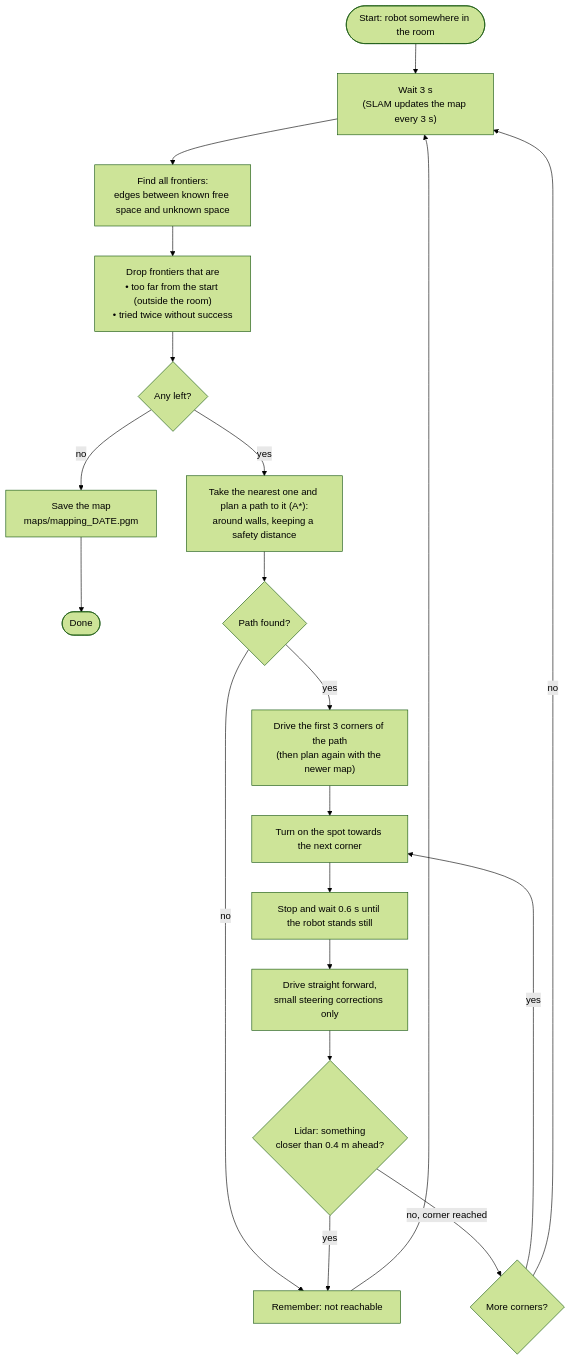
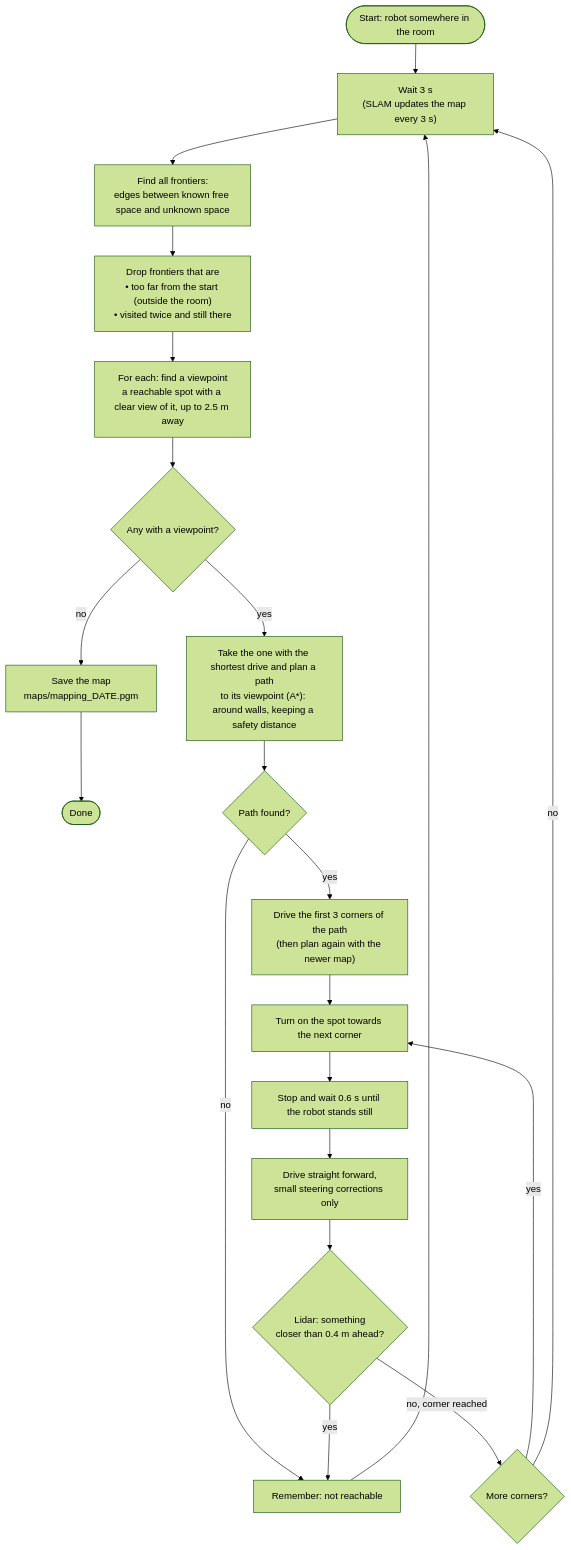
The second of 2 diagrams in MAPPING.md (Reutertu3/AMS_2026_WebGUI), drawn with Mermaid (forest theme) before and after one commit. The commit also changed other lines of this file and 6 other files, not shown here.

````diff
--- a/MAPPING.md
+++ b/MAPPING.md
@@ -51,20 +51,21 @@
 ```mermaid
 flowchart TD
     start([Start: robot somewhere in the room]) --> wait
     wait["Wait 3 s<br/>(SLAM updates the map every 3 s)"] --> frontiers
     frontiers["Find all frontiers:<br/>edges between known free space and unknown space"] --> filter
-    filter["Drop frontiers that are<br/>• too far from the start (outside the room)<br/>• tried twice without success"] --> any{Any left?}
+    filter["Drop frontiers that are<br/>• too far from the start (outside the room)<br/>• visited twice and still there"] --> view
+    view["For each: find a viewpoint<br/>a reachable spot with a clear view of it, up to 2.5 m away"] --> any{Any with a viewpoint?}
     any -- no --> save["Save the map<br/>maps/mapping_DATE.pgm"] --> done([Done])
-    any -- yes --> plan["Take the nearest one and plan a path to it (A*):<br/>around walls, keeping a safety distance"]
+    any -- yes --> plan["Take the one with the shortest drive and plan a path<br/>to its viewpoint (A*): around walls, keeping a safety distance"]
     plan --> found{Path found?}
     found -- no --> failed["Remember: not reachable"] --> wait
     found -- yes --> drive["Drive the first 3 corners of the path<br/>(then plan again with the newer map)"]
     drive --> turn["Turn on the spot towards the next corner"]
     turn --> settle["Stop and wait 0.6 s until the robot stands still"]
     settle --> forward["Drive straight forward,<br/>small steering corrections only"]
     forward --> blocked{Lidar: something<br/>closer than 0.4 m ahead?}
     blocked -- yes --> failed
     blocked -- "no, corner reached" --> more{More corners?}
     more -- yes --> turn
     more -- no --> wait
 ```
````
